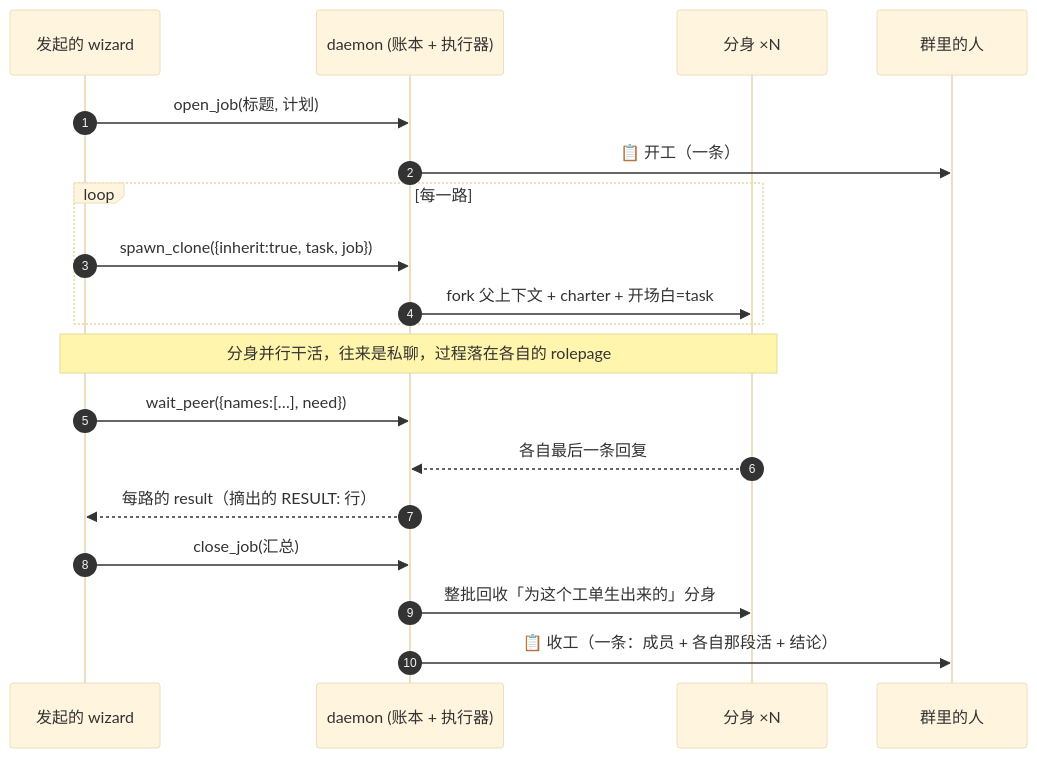
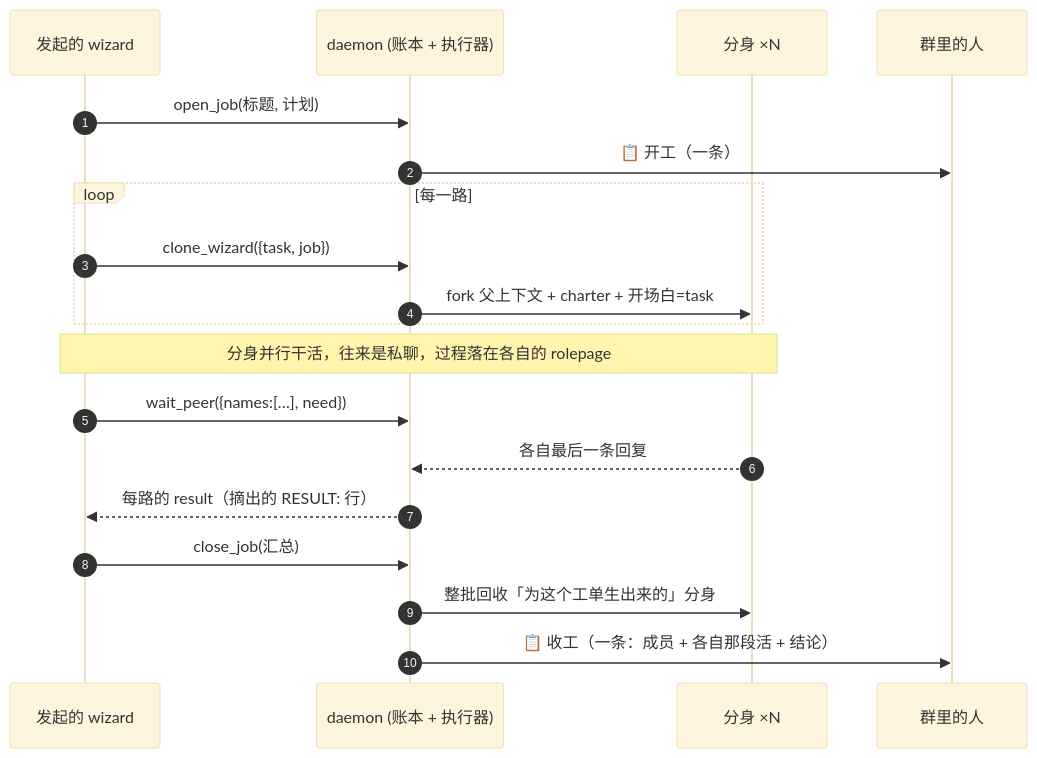
One commit to guxi11/wezard changed the eighth of 12 diagrams in 技术说明.md. Above: the diagram before and after it, drawn with Mermaid (base theme). The commit also changed 13 other files, not shown here.

First line of the commit message:
feat(wizard): 默认 wizard 当管家分派; 共享记忆改由整理者单写; spawn_clone 拆成 spawn_wizard / clone_wizard

````diff
--- a/技术说明.md
+++ b/技术说明.md
@@ -211,22 +211,22 @@
 ```mermaid
 sequenceDiagram
     autonumber
     participant W as 发起的 wizard
     participant D as daemon (账本 + 执行器)
     participant K as 分身 ×N
     participant U as 群里的人
 
     W->>D: open_job(标题, 计划)
     D->>U: 📋 开工（一条）
     loop 每一路
-        W->>D: spawn_clone({inherit:true, task, job})
+        W->>D: clone_wizard({task, job})
         D->>K: fork 父上下文 + charter + 开场白=task
     end
     Note over W,K: 分身并行干活，往来是私聊，过程落在各自的 rolepage
     W->>D: wait_peer({names:[…], need})
     K-->>D: 各自最后一条回复
     D-->>W: 每路的 result（摘出的 RESULT: 行）
     W->>D: close_job(汇总)
     D->>K: 整批回收「为这个工单生出来的」分身
     D->>U: 📋 收工（一条：成员 + 各自那段活 + 结论）
 ```
````
